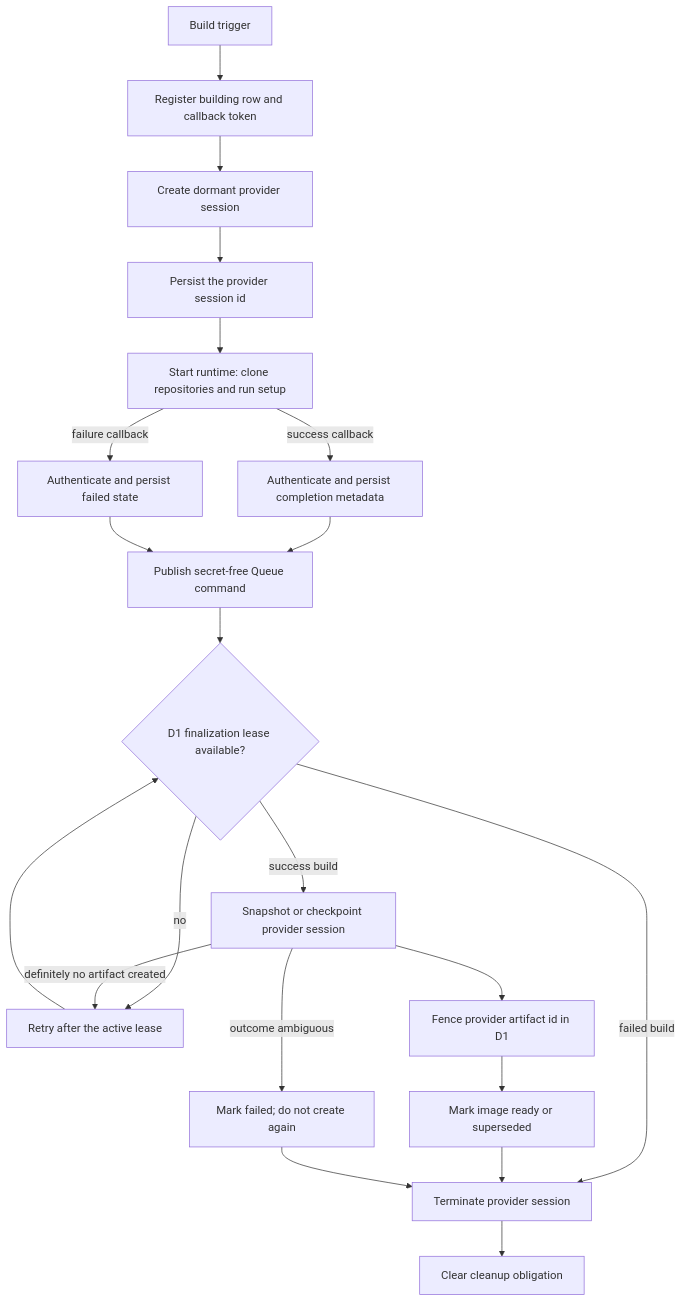
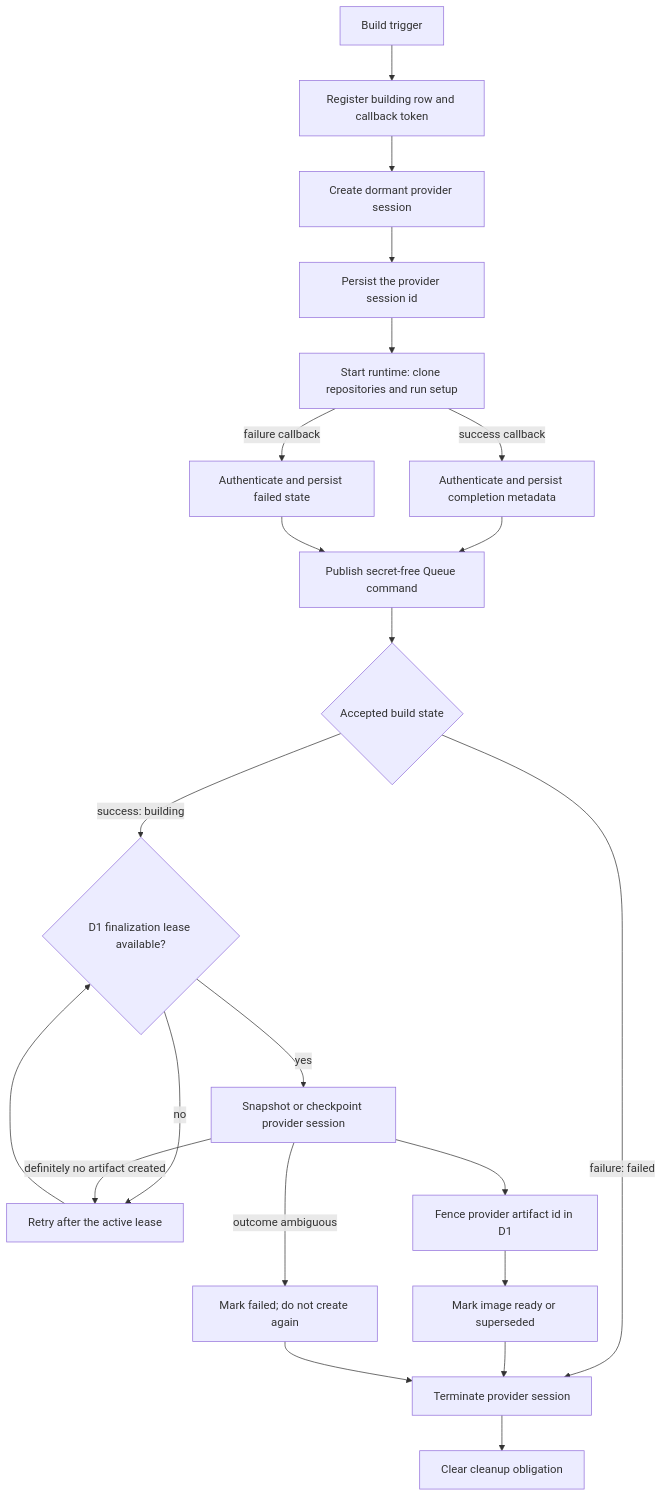
Before and after one commit to ColeMurray/background-agents: the diagram in docs/IMAGE_PREBUILD.md, drawn with Mermaid. The commit also changed other lines of this file and 7 other files, not shown here.

````diff
--- a/docs/IMAGE_PREBUILD.md
+++ b/docs/IMAGE_PREBUILD.md
@@ -129,27 +129,28 @@
 ```mermaid
 flowchart TD
     trigger[Build trigger] --> register[Register building row and callback token]
     register --> create[Create dormant provider session]
     create --> bind[Persist the provider session id]
     bind --> run[Start runtime: clone repositories and run setup]
 
     run -->|success callback| accept[Authenticate and persist completion metadata]
     run -->|failure callback| fail[Authenticate and persist failed state]
     accept --> publish[Publish secret-free Queue command]
     fail --> publish
 
-    publish --> lease{D1 finalization lease available?}
+    publish --> state{Accepted build state}
+    state -->|success: building| lease{D1 finalization lease available?}
+    state -->|failure: failed| cleanup[Terminate provider session]
     lease -->|no| retry[Retry after the active lease]
     retry --> lease
-    lease -->|success build| artifact[Snapshot or checkpoint provider session]
-    lease -->|failed build| cleanup[Terminate provider session]
+    lease -->|yes| artifact[Snapshot or checkpoint provider session]
 
     artifact --> fence[Fence provider artifact id in D1]
     fence --> ready[Mark image ready or superseded]
     ready --> cleanup
     cleanup --> done[Clear cleanup obligation]
 
     artifact -->|definitely no artifact created| retry
     artifact -->|outcome ambiguous| terminal[Mark failed; do not create again]
     terminal --> cleanup
 ```
````
